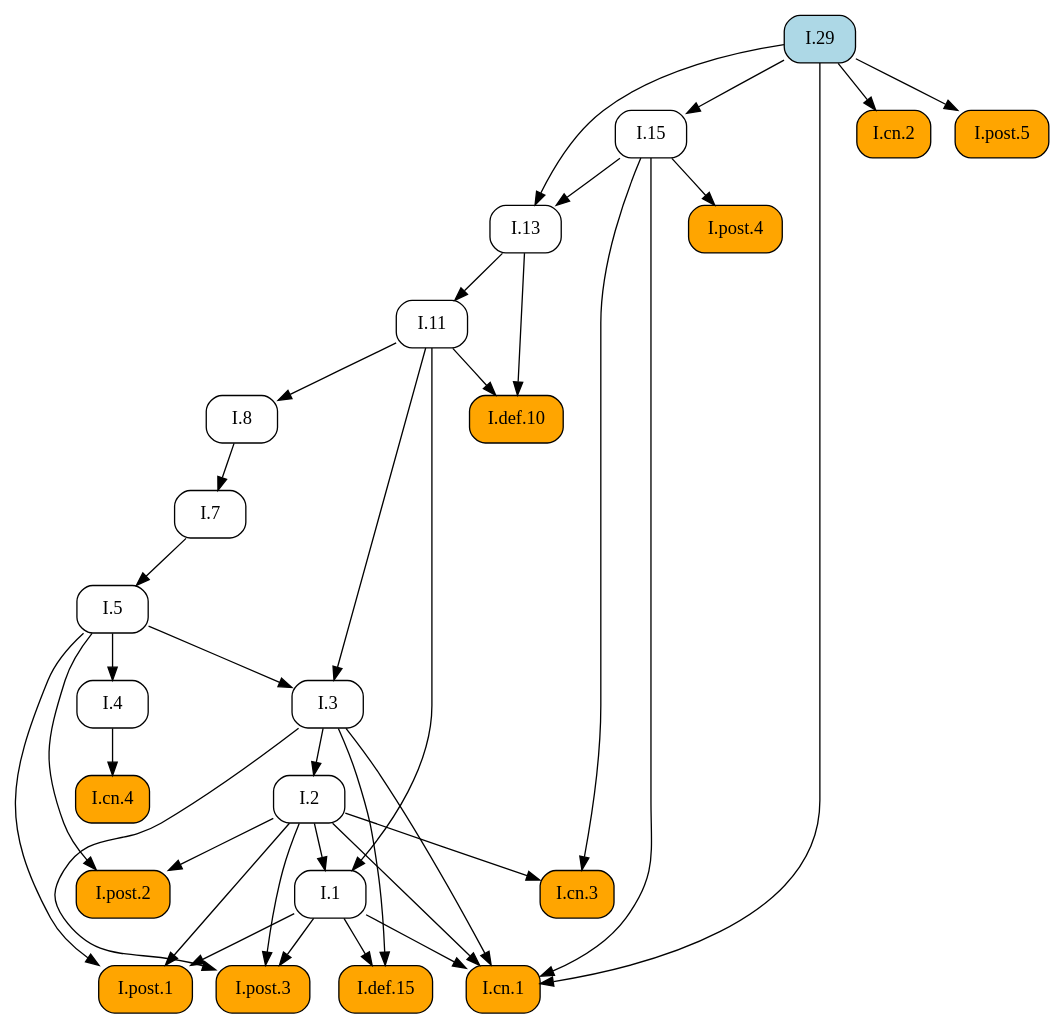
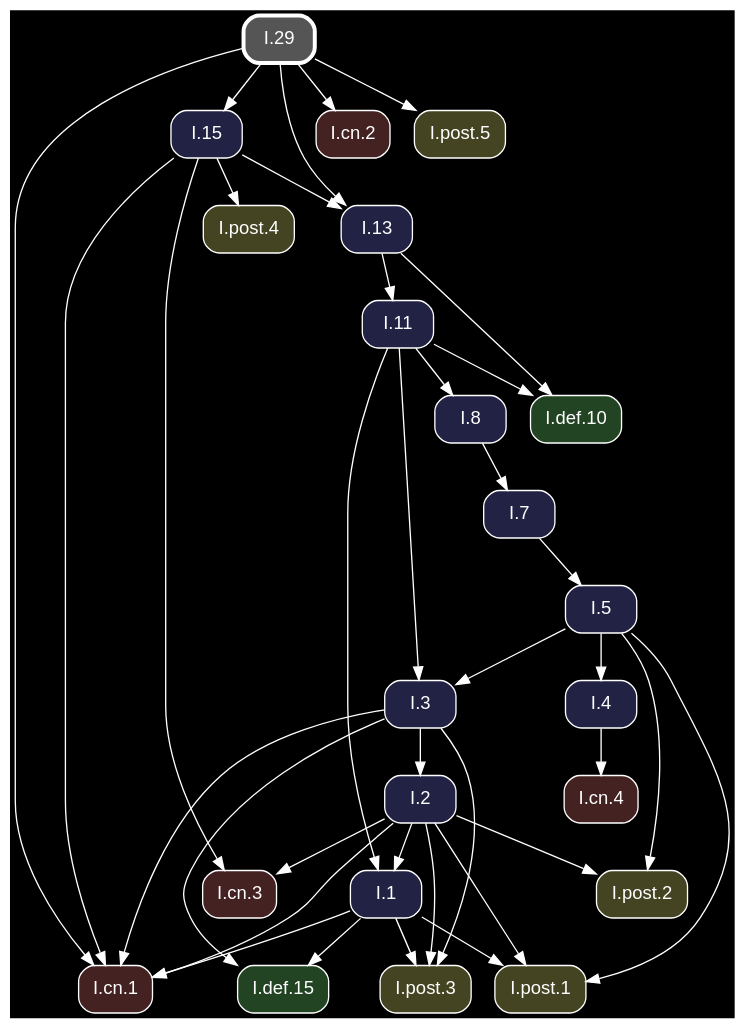
One commit to geometor/elements changed the diagram in docsrc/heath/I/29/index.rst. Above: the diagram before and after it, drawn with Graphviz. The commit also changed other lines of this file and 1200 other files, not shown here.

Commit message:
update dependency graphs

```diff
--- a/docsrc/heath/I/29/index.rst
+++ b/docsrc/heath/I/29/index.rst
@@ -76,64 +76,66 @@
 .. graphviz::
 
    digraph {
+     bgcolor="black";
+     node [shape=box, style="rounded,filled", fontname="Helvetica", color="white", fontcolor="white"];
+     edge [color="white", fontcolor="white"];
      rankdir="TB";
-     node [shape=box, style=rounded];
-     "I.cn.1" [style="rounded,filled", fillcolor=orange, URL="/heath/I/cn.1/", target="_top"];
-     "I.7" [URL="/heath/I/7/", target="_top"];
-     "I.2" [URL="/heath/I/2/", target="_top"];
-     "I.def.15" [style="rounded,filled", fillcolor=orange, URL="/heath/I/def.15/", target="_top"];
-     "I.13" [URL="/heath/I/13/", target="_top"];
-     "I.post.4" [style="rounded,filled", fillcolor=orange, URL="/heath/I/post.4/", target="_top"];
-     "I.4" [URL="/heath/I/4/", target="_top"];
-     "I.1" [URL="/heath/I/1/", target="_top"];
-     "I.post.3" [style="rounded,filled", fillcolor=orange, URL="/heath/I/post.3/", target="_top"];
-     "I.post.1" [style="rounded,filled", fillcolor=orange, URL="/heath/I/post.1/", target="_top"];
-     "I.5" [URL="/heath/I/5/", target="_top"];
-     "I.8" [URL="/heath/I/8/", target="_top"];
-     "I.cn.3" [style="rounded,filled", fillcolor=orange, URL="/heath/I/cn.3/", target="_top"];
-     "I.29" [style="rounded,filled", fillcolor=lightblue, URL="/heath/I/29/", target="_top"];
-     "I.def.10" [style="rounded,filled", fillcolor=orange, URL="/heath/I/def.10/", target="_top"];
-     "I.15" [URL="/heath/I/15/", target="_top"];
-     "I.11" [URL="/heath/I/11/", target="_top"];
-     "I.cn.2" [style="rounded,filled", fillcolor=orange, URL="/heath/I/cn.2/", target="_top"];
-     "I.post.5" [style="rounded,filled", fillcolor=orange, URL="/heath/I/post.5/", target="_top"];
-     "I.cn.4" [style="rounded,filled", fillcolor=orange, URL="/heath/I/cn.4/", target="_top"];
-     "I.post.2" [style="rounded,filled", fillcolor=orange, URL="/heath/I/post.2/", target="_top"];
-     "I.3" [URL="/heath/I/3/", target="_top"];
+     "I.3" [fillcolor="#222244", URL="/heath/I/3/", target="_top"];
+     "I.post.1" [fillcolor="#444422", URL="/heath/I/post.1/", target="_top"];
+     "I.cn.1" [fillcolor="#442222", URL="/heath/I/cn.1/", target="_top"];
+     "I.def.10" [fillcolor="#224422", URL="/heath/I/def.10/", target="_top"];
+     "I.15" [fillcolor="#222244", URL="/heath/I/15/", target="_top"];
+     "I.11" [fillcolor="#222244", URL="/heath/I/11/", target="_top"];
+     "I.cn.3" [fillcolor="#442222", URL="/heath/I/cn.3/", target="_top"];
+     "I.13" [fillcolor="#222244", URL="/heath/I/13/", target="_top"];
+     "I.2" [fillcolor="#222244", URL="/heath/I/2/", target="_top"];
+     "I.post.2" [fillcolor="#444422", URL="/heath/I/post.2/", target="_top"];
+     "I.cn.2" [fillcolor="#442222", URL="/heath/I/cn.2/", target="_top"];
+     "I.29" [penwidth=3, color="white", fillcolor="#555555", URL="/heath/I/29/", target="_top"];
+     "I.cn.4" [fillcolor="#442222", URL="/heath/I/cn.4/", target="_top"];
+     "I.1" [fillcolor="#222244", URL="/heath/I/1/", target="_top"];
+     "I.post.5" [fillcolor="#444422", URL="/heath/I/post.5/", target="_top"];
+     "I.post.4" [fillcolor="#444422", URL="/heath/I/post.4/", target="_top"];
+     "I.8" [fillcolor="#222244", URL="/heath/I/8/", target="_top"];
+     "I.4" [fillcolor="#222244", URL="/heath/I/4/", target="_top"];
+     "I.post.3" [fillcolor="#444422", URL="/heath/I/post.3/", target="_top"];
+     "I.7" [fillcolor="#222244", URL="/heath/I/7/", target="_top"];
+     "I.def.15" [fillcolor="#224422", URL="/heath/I/def.15/", target="_top"];
+     "I.5" [fillcolor="#222244", URL="/heath/I/5/", target="_top"];
+     "I.5" -> "I.3";
+     "I.11" -> "I.3";
+     "I.1" -> "I.post.1";
+     "I.2" -> "I.post.1";
+     "I.5" -> "I.post.1";
      "I.1" -> "I.cn.1";
      "I.2" -> "I.cn.1";
      "I.3" -> "I.cn.1";
      "I.15" -> "I.cn.1";
      "I.29" -> "I.cn.1";
-     "I.8" -> "I.7";
-     "I.3" -> "I.2";
-     "I.1" -> "I.def.15";
-     "I.3" -> "I.def.15";
-     "I.15" -> "I.13";
-     "I.29" -> "I.13";
-     "I.15" -> "I.post.4";
-     "I.5" -> "I.4";
-     "I.2" -> "I.1";
-     "I.11" -> "I.1";
-     "I.1" -> "I.post.3";
-     "I.2" -> "I.post.3";
-     "I.3" -> "I.post.3";
-     "I.1" -> "I.post.1";
-     "I.2" -> "I.post.1";
-     "I.5" -> "I.post.1";
-     "I.7" -> "I.5";
-     "I.11" -> "I.8";
-     "I.2" -> "I.cn.3";
-     "I.15" -> "I.cn.3";
      "I.11" -> "I.def.10";
      "I.13" -> "I.def.10";
      "I.29" -> "I.15";
      "I.13" -> "I.11";
-     "I.29" -> "I.cn.2";
-     "I.29" -> "I.post.5";
-     "I.4" -> "I.cn.4";
+     "I.2" -> "I.cn.3";
+     "I.15" -> "I.cn.3";
+     "I.15" -> "I.13";
+     "I.29" -> "I.13";
+     "I.3" -> "I.2";
      "I.2" -> "I.post.2";
      "I.5" -> "I.post.2";
-     "I.5" -> "I.3";
-     "I.11" -> "I.3";
+     "I.29" -> "I.cn.2";
+     "I.4" -> "I.cn.4";
+     "I.2" -> "I.1";
+     "I.11" -> "I.1";
+     "I.29" -> "I.post.5";
+     "I.15" -> "I.post.4";
+     "I.11" -> "I.8";
+     "I.5" -> "I.4";
+     "I.1" -> "I.post.3";
+     "I.2" -> "I.post.3";
+     "I.3" -> "I.post.3";
+     "I.8" -> "I.7";
+     "I.1" -> "I.def.15";
+     "I.3" -> "I.def.15";
+     "I.7" -> "I.5";
    }
```
